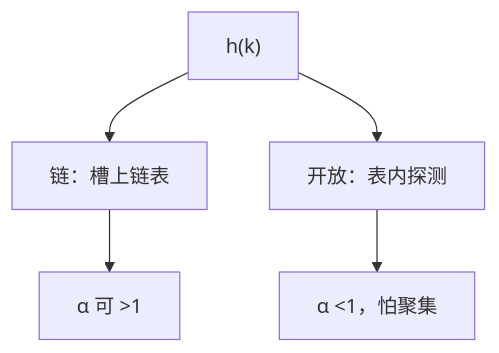
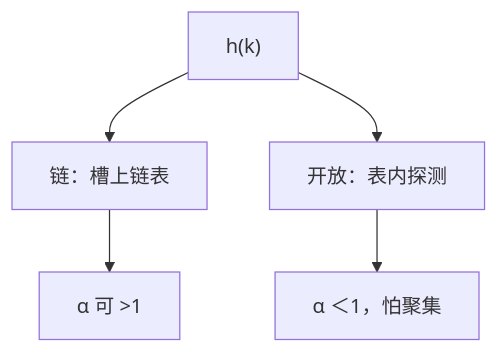
The diagram in docs/cs/chaining-open-address.md (xhongduo-tech/xhongduo-tech.github.io), drawn with Mermaid before and after one commit. The commit also changed other lines of this file and 772 other files, not shown here.

````diff
--- a/docs/cs/chaining-open-address.md
+++ b/docs/cs/chaining-open-address.md
@@ -30,7 +30,7 @@
 ```mermaid
 flowchart TD
   H["h(k)"] --> CH["链：槽上链表"]
   H --> OA["开放：表内探测"]
   CH --> A1["α 可 >1"]
-  OA --> A2["α <1，怕聚集"]
+  OA --> A2["α ＜1，怕聚集"]
 ```
````
